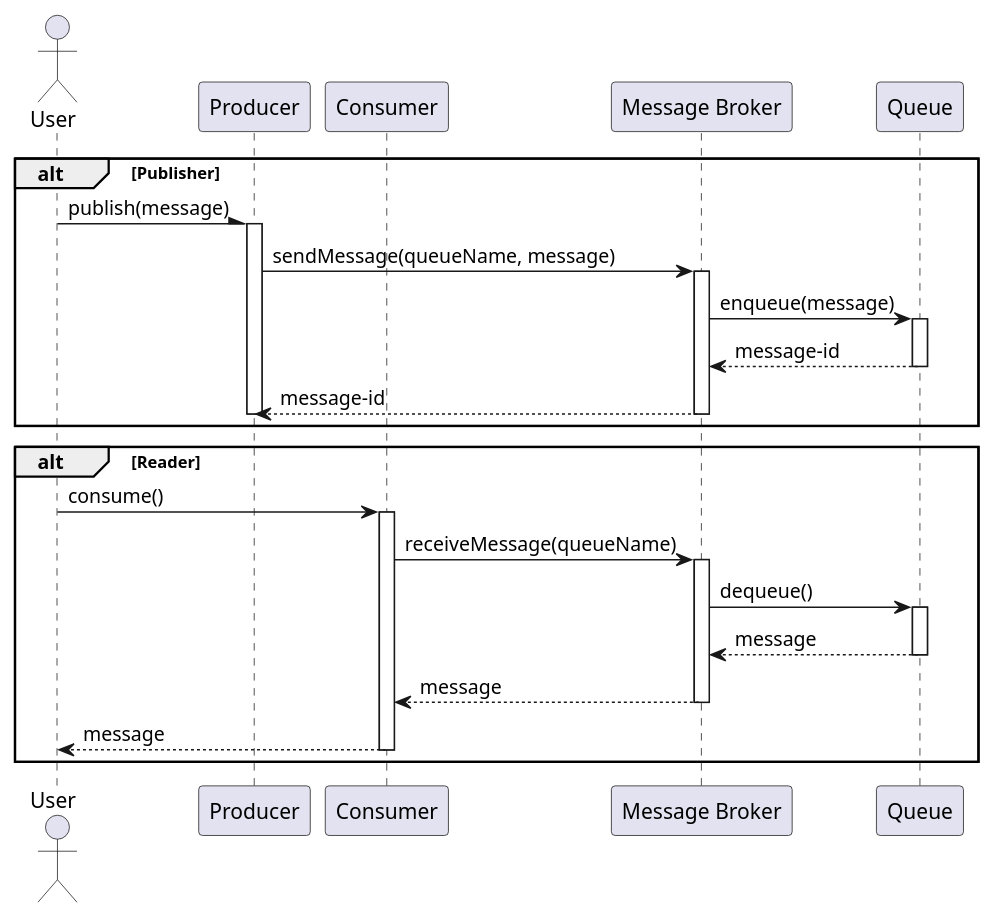
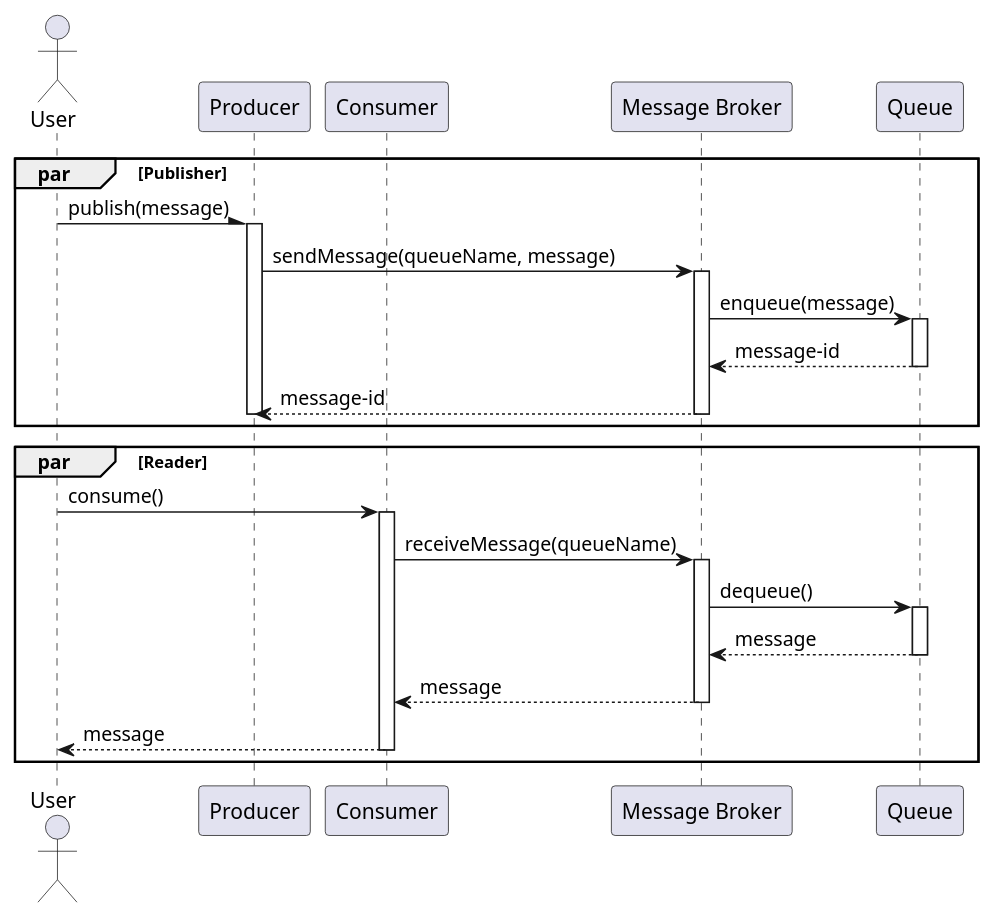
Diagram 12 of 14 in DesignPatterns/ServicePatterns.md (mwwhited-notes/shared), drawn with PlantUML before and after one commit. The commit also changed 8 other files, not shown here.

````diff
--- a/DesignPatterns/ServicePatterns.md
+++ b/DesignPatterns/ServicePatterns.md
@@ -389,36 +389,36 @@
 ```plantuml
 @startuml
 actor User
 
 participant "Producer" as Producer
 participant "Consumer" as Consumer
 
 participant "Message Broker" as MessageBroker
 participant "Queue" as Queue
 
-alt Publisher
+par Publisher
 User -\ Producer : publish(message)
     activate Producer
     Producer -> MessageBroker : sendMessage(queueName, message)
         activate MessageBroker
         MessageBroker -> Queue : enqueue(message)
             activate Queue
             return message-id
         return message-id
     deactivate Producer
 end 
 
-alt Reader
+par Reader
 User -> Consumer : consume()
     activate Consumer
     Consumer -> MessageBroker : receiveMessage(queueName)
         activate MessageBroker
         MessageBroker -> Queue : dequeue()
             activate Queue
             return message
         return message
     return message
 end
 
 @enduml
 ```
````
